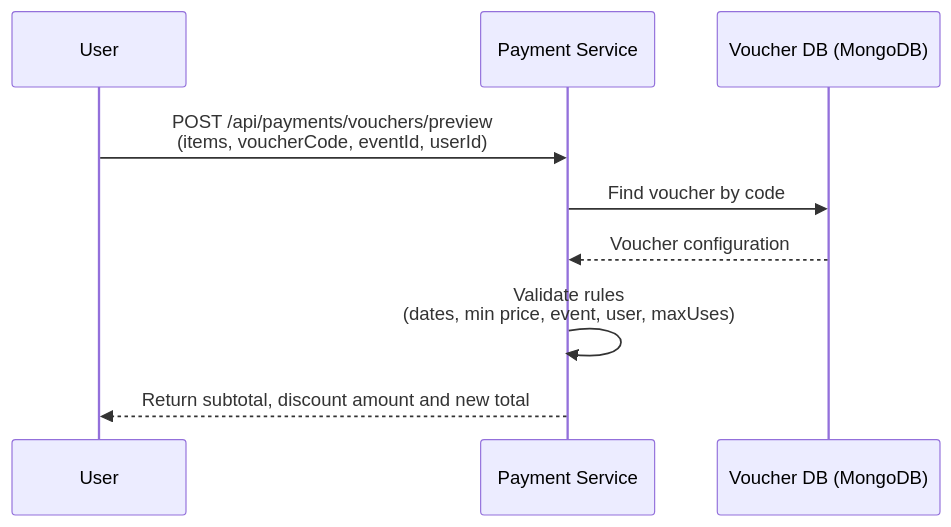
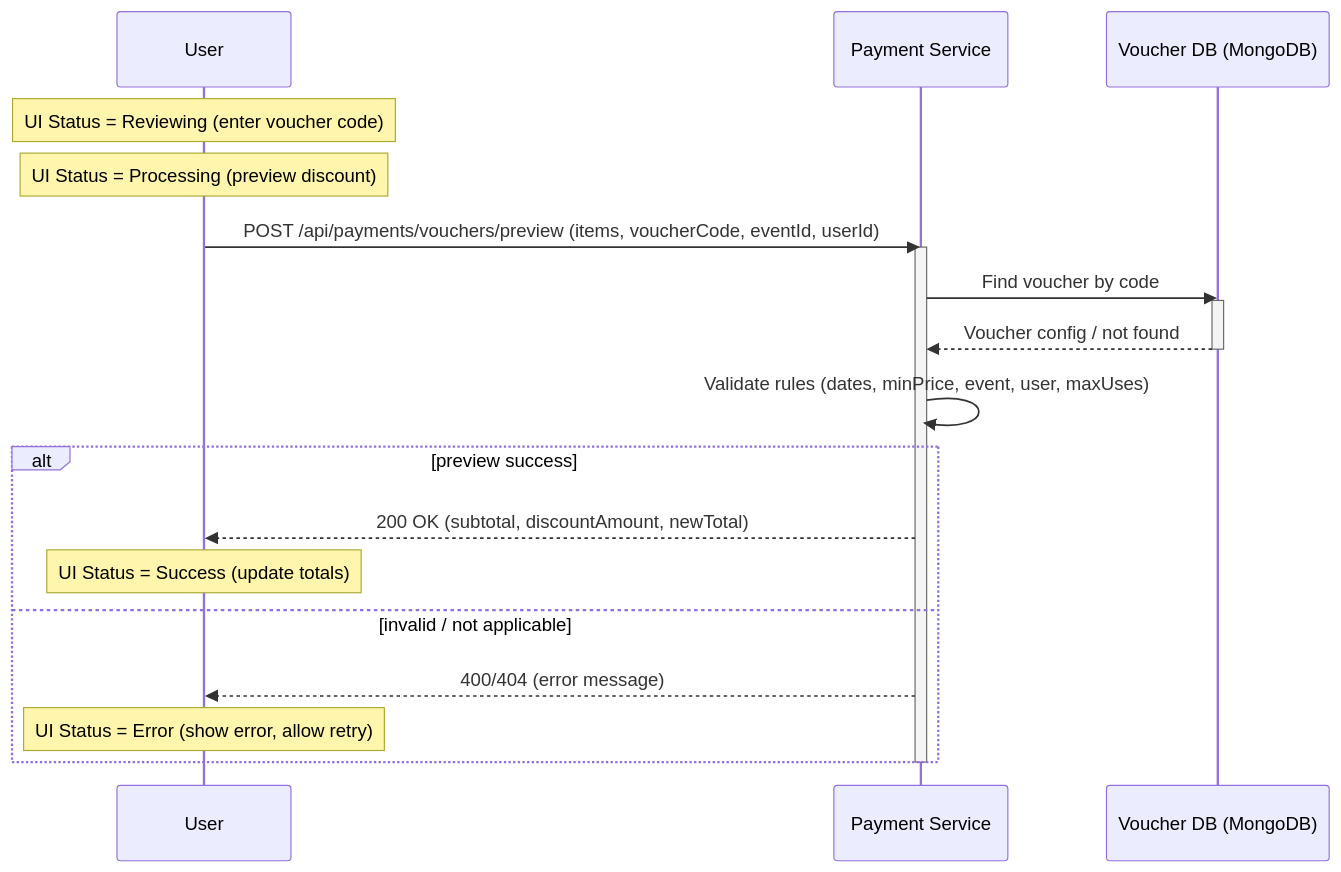
One commit to SDN-Group5/Event-Ticketing-Platform changed the second of 29 diagrams in doc/UML/Phuoc_PaymentCheckin.md. Above: the diagram before and after it, drawn with Mermaid. The commit also changed other lines of this file and 5 other files, not shown here.

````diff
--- a/doc/UML/Phuoc_PaymentCheckin.md
+++ b/doc/UML/Phuoc_PaymentCheckin.md
@@ -25,11 +84,24 @@
 ```mermaid
 sequenceDiagram
     participant U as User
     participant P as Payment Service
     participant DB as Voucher DB (MongoDB)
-    U->>P: POST /api/payments/vouchers/preview<br/>(items, voucherCode, eventId, userId)
+    Note over U: UI Status = Reviewing (enter voucher code)
+    Note over U: UI Status = Processing (preview discount)
+    U->>P: POST /api/payments/vouchers/preview (items, voucherCode, eventId, userId)
+    activate P
     P->>DB: Find voucher by code
-    DB-->>P: Voucher configuration
-    P->>P: Validate rules<br/>(dates, min price, event, user, maxUses)
-    P-->>U: Return subtotal, discount amount and new total
+    activate DB
+    DB-->>P: Voucher config / not found
+    deactivate DB
+    P->>P: Validate rules (dates, minPrice, event, user, maxUses)
+
+    alt preview success
+        P-->>U: 200 OK (subtotal, discountAmount, newTotal)
+        Note over U: UI Status = Success (update totals)
+    else invalid / not applicable
+        P-->>U: 400/404 (error message)
+        Note over U: UI Status = Error (show error, allow retry)
+    end
+    deactivate P
 ```
````
